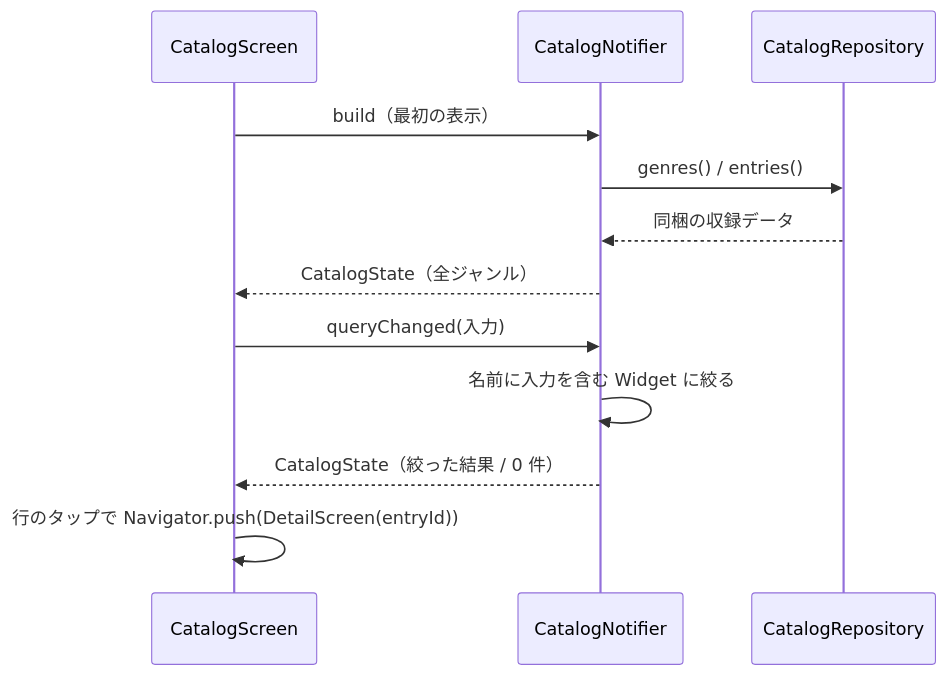
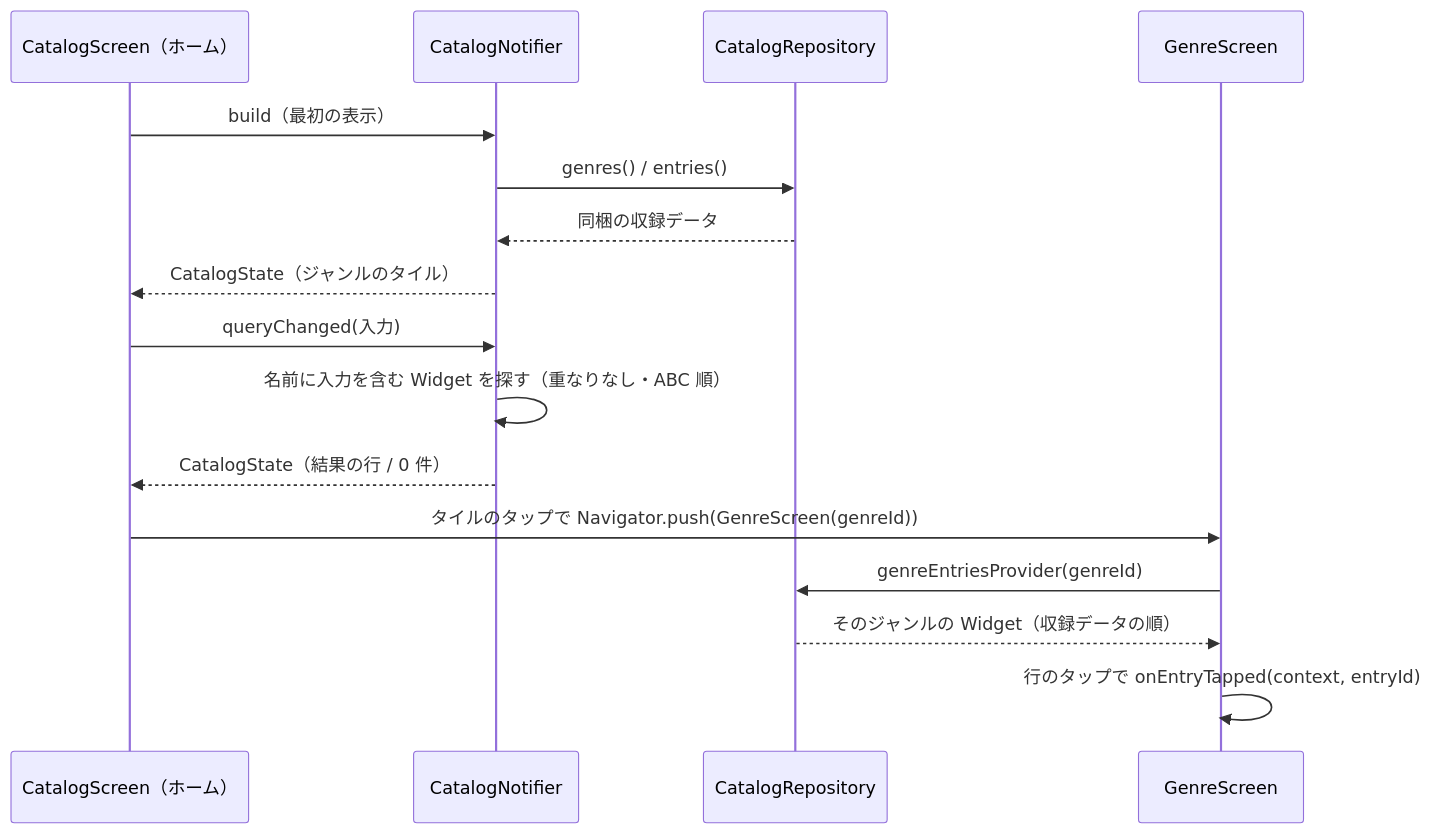
One commit to masa-futa/widget-lab changed the second of 6 diagrams in docs/design/functions/demo-engine.md. Above: the diagram before and after it, drawn with Mermaid. The commit also changed other lines of this file and 9 other files, not shown here.

````diff
--- a/docs/design/functions/demo-engine.md
+++ b/docs/design/functions/demo-engine.md
@@ -115,14 +115,18 @@
 ```mermaid
 sequenceDiagram
-    participant V as CatalogScreen
+    participant V as CatalogScreen（ホーム）
     participant N as CatalogNotifier
     participant R as CatalogRepository
+    participant G as GenreScreen
     V->>N: build（最初の表示）
     N->>R: genres() / entries()
     R-->>N: 同梱の収録データ
-    N-->>V: CatalogState（全ジャンル）
+    N-->>V: CatalogState（ジャンルのタイル）
     V->>N: queryChanged(入力)
-    N->>N: 名前に入力を含む Widget に絞る
-    N-->>V: CatalogState（絞った結果 / 0 件）
-    V->>V: 行のタップで Navigator.push(DetailScreen(entryId))
+    N->>N: 名前に入力を含む Widget を探す（重なりなし・ABC 順）
+    N-->>V: CatalogState（結果の行 / 0 件）
+    V->>G: タイルのタップで Navigator.push(GenreScreen(genreId))
+    G->>R: genreEntriesProvider(genreId)
+    R-->>G: そのジャンルの Widget（収録データの順）
+    G->>G: 行のタップで onEntryTapped(context, entryId)
 ```
````
